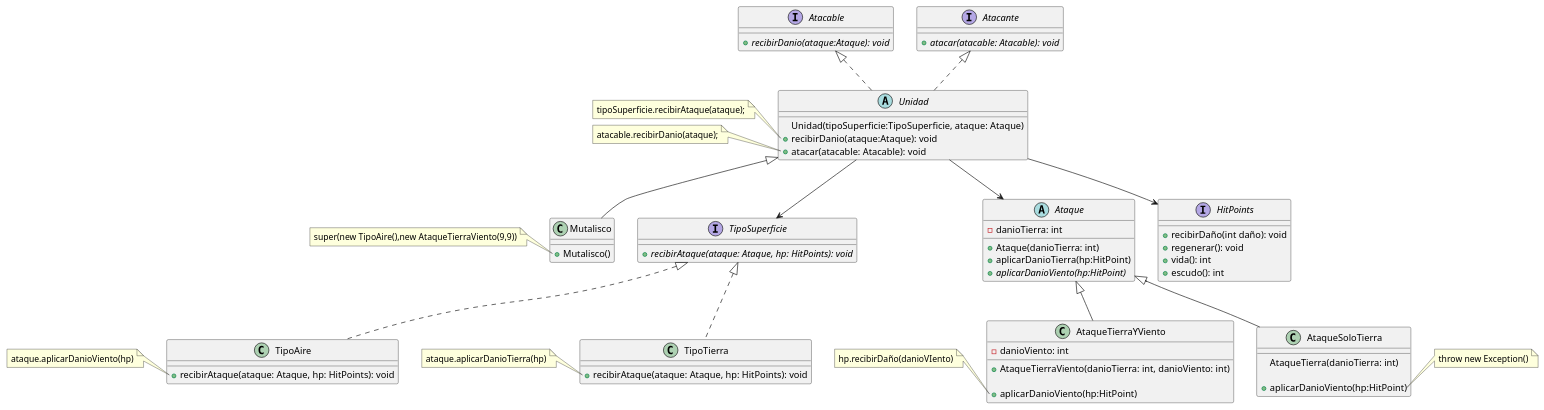
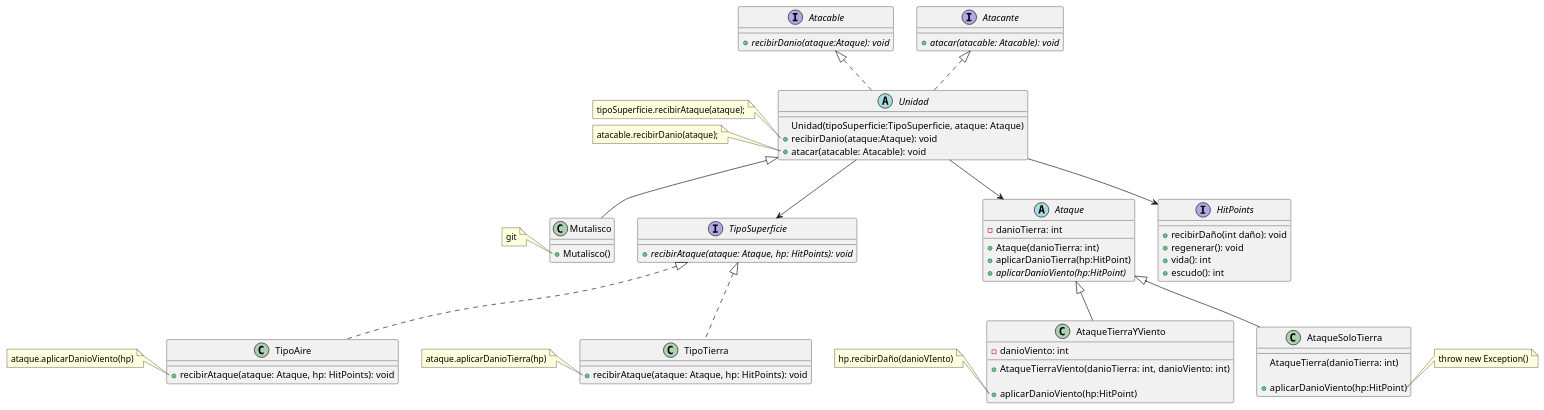
Before and after one commit to nicolasgirardi/algo3_TP2_AlgoStar: the diagram in diagrams/classes/Ataque/clases.puml, drawn with PlantUML. The commit also changed 5 other files, not shown here.

Commit message:
se agrega diagrama de secuencia 18 y se corrige el diagrama de secuencia 1

```diff
--- a/diagrams/classes/Ataque/clases.puml
+++ b/diagrams/classes/Ataque/clases.puml
@@ -1,104 +1,104 @@
 @startuml
 abstract  class Unidad{
    Unidad(tipoSuperficie:TipoSuperficie, ataque: Ataque)
    + recibirDanio(ataque:Ataque): void
    + atacar(atacable: Atacable): void
 }
 note left of Unidad::recibirDanio
   tipoSuperficie.recibirAtaque(ataque);
 end note
 note left of Unidad::atacar
   atacable.recibirDanio(ataque);
 end note
 
 
 
 interface TipoSuperficie {
    + {abstract} recibirAtaque(ataque: Ataque, hp: HitPoints): void
 }
 
 class TipoAire implements TipoSuperficie{
    +  recibirAtaque(ataque: Ataque, hp: HitPoints): void
 }
 note left of TipoAire::recibirAtaque
   ataque.aplicarDanioViento(hp)
 end note
 
 class TipoTierra implements TipoSuperficie{
    +  recibirAtaque(ataque: Ataque, hp: HitPoints): void
 }
 note left of TipoTierra::recibirAtaque
   ataque.aplicarDanioTierra(hp)
 end note
 
 
 class Mutalisco {
    + Mutalisco()
 }
 note left of Mutalisco::Mutalisco
-  super(new TipoAire(),new AtaqueTierraViento(9,9))
+  git
 end note
 
 
 
 interface Atacable {
    + {abstract} recibirDanio(ataque:Ataque): void
 }
 
 interface Atacante {
    + {abstract} atacar(atacable: Atacable): void
 }
 
 abstract class Ataque {
    -danioTierra: int
    + Ataque(danioTierra: int)
    + aplicarDanioTierra(hp:HitPoint)
    + {abstract} aplicarDanioViento(hp:HitPoint)
 }
 
 class AtaqueSoloTierra {
     AtaqueTierra(danioTierra: int)
 
    +  aplicarDanioViento(hp:HitPoint)
 }
 note right of AtaqueSoloTierra::aplicarDanioViento
   throw new Exception()
 end note
 
 
 class AtaqueTierraYViento {
     - danioViento: int
     + AtaqueTierraViento(danioTierra: int, danioViento: int)
 
    +  aplicarDanioViento(hp:HitPoint)
 }
 note left of AtaqueTierraYViento::aplicarDanioViento
   hp.recibirDaño(danioVIento)
 end note
 
 
 
 interface HitPoints {
 
     + recibirDaño(int daño): void
     + regenerar(): void
     + vida(): int
     + escudo(): int
 
 }
 
 
 Atacable <|.. Unidad
 
 Atacante <|.. Unidad
 
 Ataque <|-- AtaqueSoloTierra
 Ataque <|-- AtaqueTierraYViento
 
 
 Unidad <|-- Mutalisco
 Unidad --> HitPoints
 Unidad --> Ataque
 Unidad --> TipoSuperficie
 
 @enduml
```
